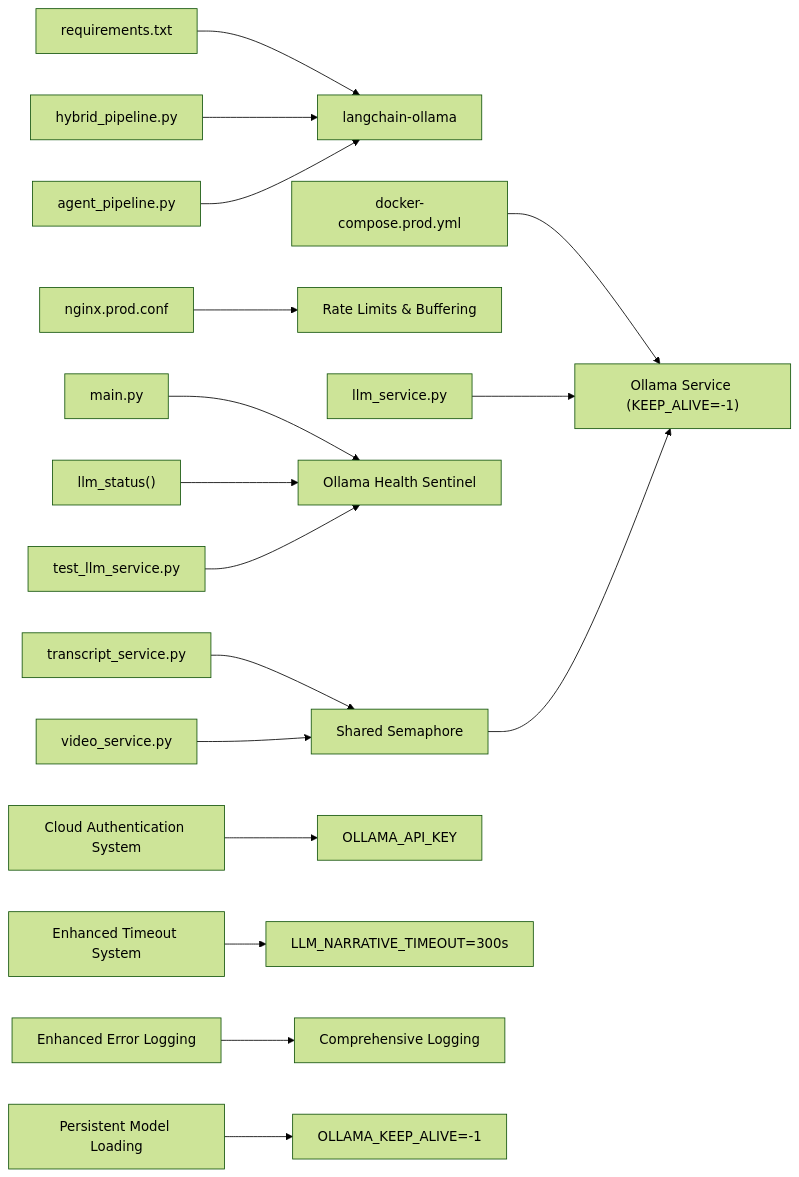
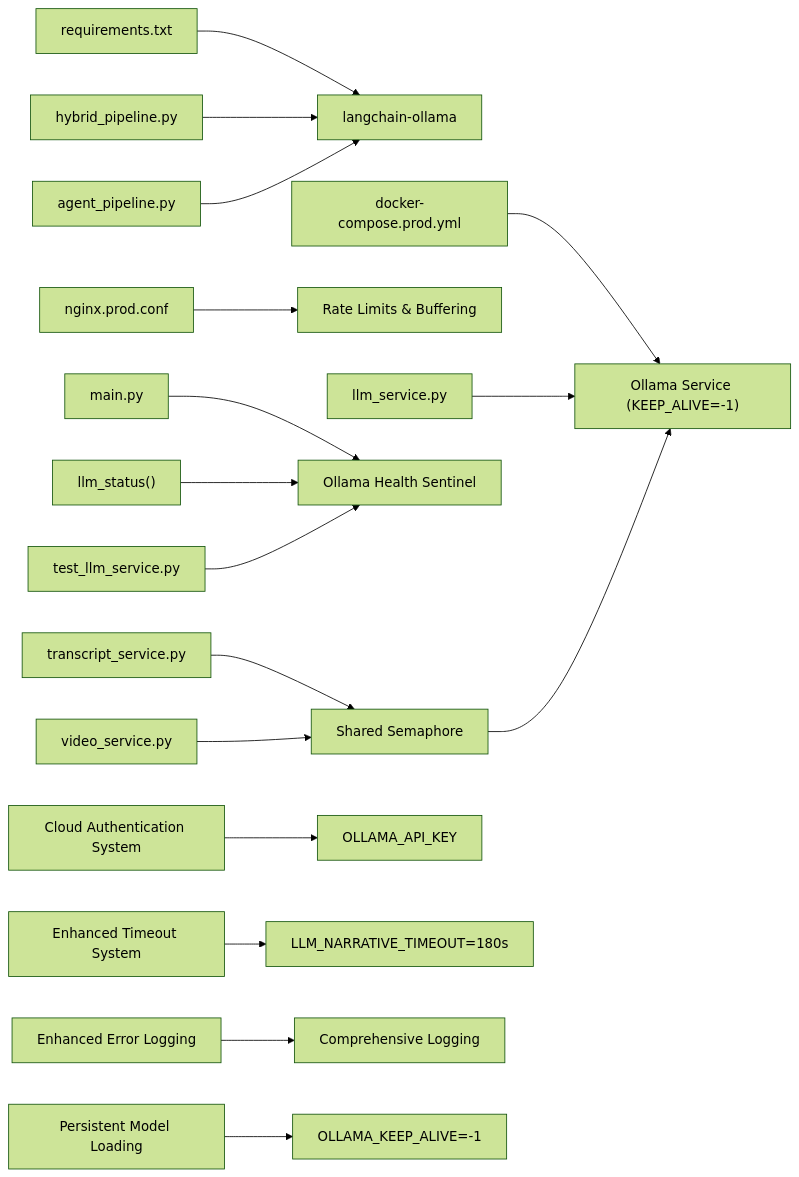
One commit to Revanththetalogics/aireume changed diagram 15 of 15 in .qoder/repowiki/en/content/Analysis Engine/LLM Service Integration.md. Above: the diagram before and after it, drawn with Mermaid (forest theme). The commit also changed other lines of this file and 14 other files, not shown here.

````diff
--- a/.qoder/repowiki/en/content/Analysis Engine/LLM Service Integration.md
+++ b/.qoder/repowiki/en/content/Analysis Engine/LLM Service Integration.md
@@ -785,19 +786,19 @@
 ```mermaid
 graph LR
 A["requirements.txt"] --> B["langchain-ollama"]
 C["docker-compose.prod.yml"] --> D["Ollama Service (KEEP_ALIVE=-1)"]
 E["nginx.prod.conf"] --> F["Rate Limits & Buffering"]
 G["hybrid_pipeline.py"] --> B
 H["llm_service.py"] --> D
 I["agent_pipeline.py"] --> B
 J["main.py"] --> K["Ollama Health Sentinel"]
 L["llm_status()"] --> K
 M["test_llm_service.py"] --> K
 N["transcript_service.py"] --> O["Shared Semaphore"]
 P["video_service.py"] --> O
 O --> D
 Q["Cloud Authentication System"] --> R["OLLAMA_API_KEY"]
-S["Enhanced Timeout System"] --> T["LLM_NARRATIVE_TIMEOUT=300s"]
+S["Enhanced Timeout System"] --> T["LLM_NARRATIVE_TIMEOUT=180s"]
 U["Enhanced Error Logging"] --> V["Comprehensive Logging"]
 W["Persistent Model Loading"] --> X["OLLAMA_KEEP_ALIVE=-1"]
 ```
````
